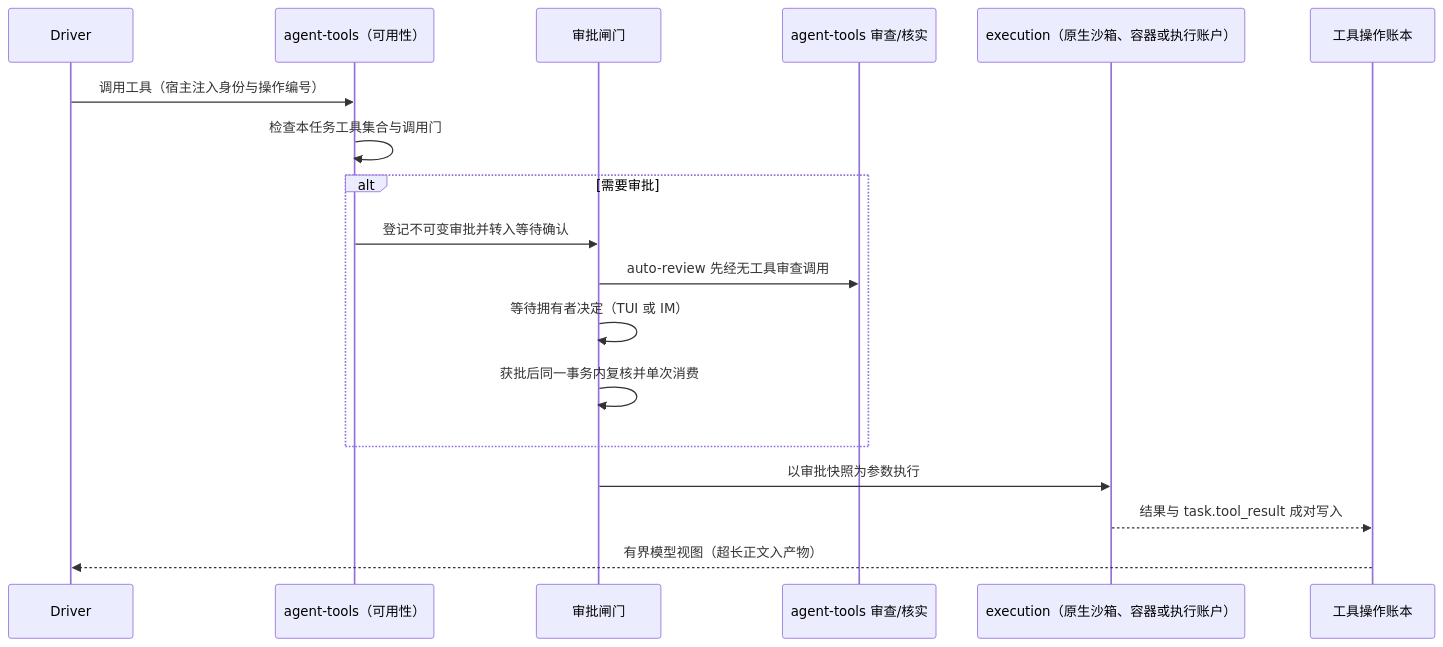
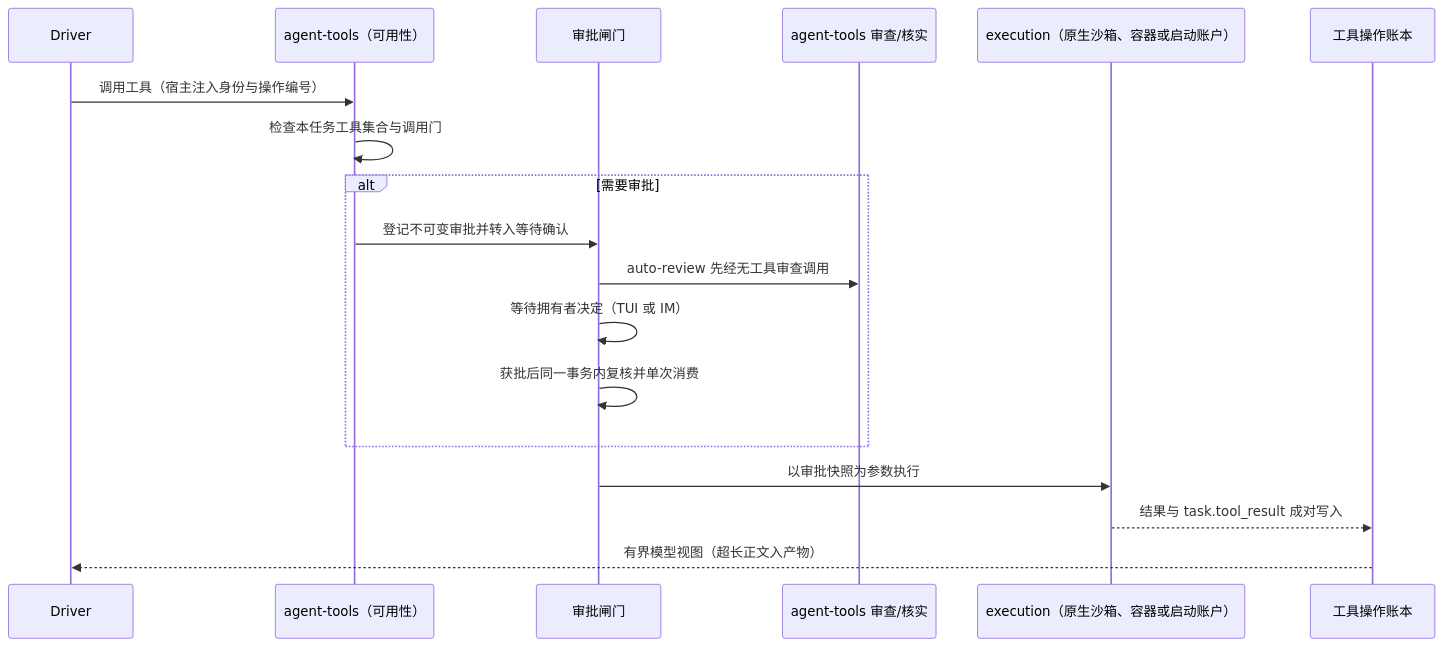
The third of 4 diagrams in docs/architecture.md (num-lab/Ruukoto), drawn with Mermaid before and after one commit. The commit also changed other lines of this file and 193 other files, not shown here.

````diff
--- a/docs/architecture.md
+++ b/docs/architecture.md
@@ -97,21 +97,21 @@
 ```mermaid
 sequenceDiagram
   participant D as Driver
   participant Av as agent-tools（可用性）
   participant G as 审批闸门
   participant R as agent-tools 审查/核实
-  participant W as execution（原生沙箱、容器或执行账户）
+  participant W as execution（原生沙箱、容器或启动账户）
   participant L as 工具操作账本
 
   D->>Av: 调用工具（宿主注入身份与操作编号）
   Av->>Av: 检查本任务工具集合与调用门
   alt 需要审批
     Av->>G: 登记不可变审批并转入等待确认
     G->>R: auto-review 先经无工具审查调用
     G->>G: 等待拥有者决定（TUI 或 IM）
     G->>G: 获批后同一事务内复核并单次消费
   end
   G->>W: 以审批快照为参数执行
   W-->>L: 结果与 task.tool_result 成对写入
   L-->>D: 有界模型视图（超长正文入产物）
 ```
````
